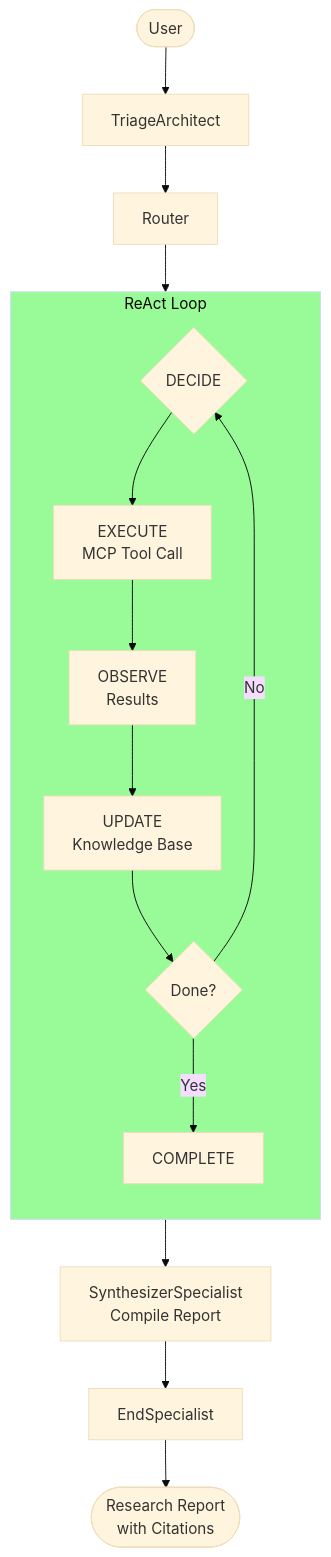
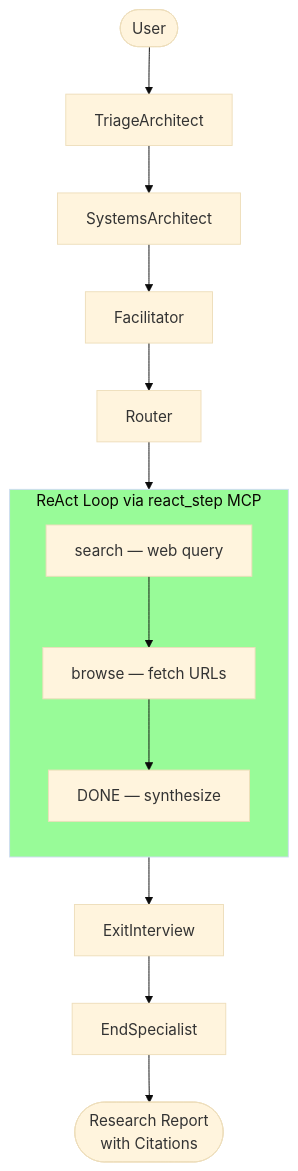
Before and after one commit to shanevcantwell/langgraph-agentic-scaffold: the tenth of 16 diagrams in docs/FLOWS.md, drawn with Mermaid (base theme). The commit also changed other lines of this file and 11 other files, not shown here.

First line of the commit message:
docs: comprehensive update for fork/react_step/pipeline changes

````diff
--- a/docs/FLOWS.md
+++ b/docs/FLOWS.md
@@ -368,25 +371,23 @@
 ```mermaid
 flowchart TB
     User([User]) --> Triage[TriageArchitect]
-    Triage --> Router[Router]
-    Router --> RO[ResearchOrchestrator]
+    Triage --> SA[SystemsArchitect]
+    SA --> Fac[Facilitator]
+    Fac --> Router[Router]
+    Router --> PD[ProjectDirector]
 
-    subgraph RO[ReAct Loop]
+    subgraph PD[ReAct Loop via react_step MCP]
         direction TB
-        Decide{DECIDE}
-        Execute[EXECUTE<br/>MCP Tool Call]
-        Observe[OBSERVE<br/>Results]
-        Update[UPDATE<br/>Knowledge Base]
-        Check{Done?}
+        Search[search — web query]
+        Browse[browse — fetch URLs]
+        Done[DONE — synthesize]
 
-        Decide --> Execute --> Observe --> Update --> Check
-        Check -->|No| Decide
-        Check -->|Yes| Complete[COMPLETE]
+        Search --> Browse --> Done
     end
 
-    RO --> Synth[SynthesizerSpecialist<br/>Compile Report]
-    Synth --> End[EndSpecialist]
+    PD --> EI[ExitInterview]
+    EI --> End[EndSpecialist]
     End --> Response([Research Report<br/>with Citations])
 
-    style RO fill:#98FB98
+    style PD fill:#98FB98
 ```
````
